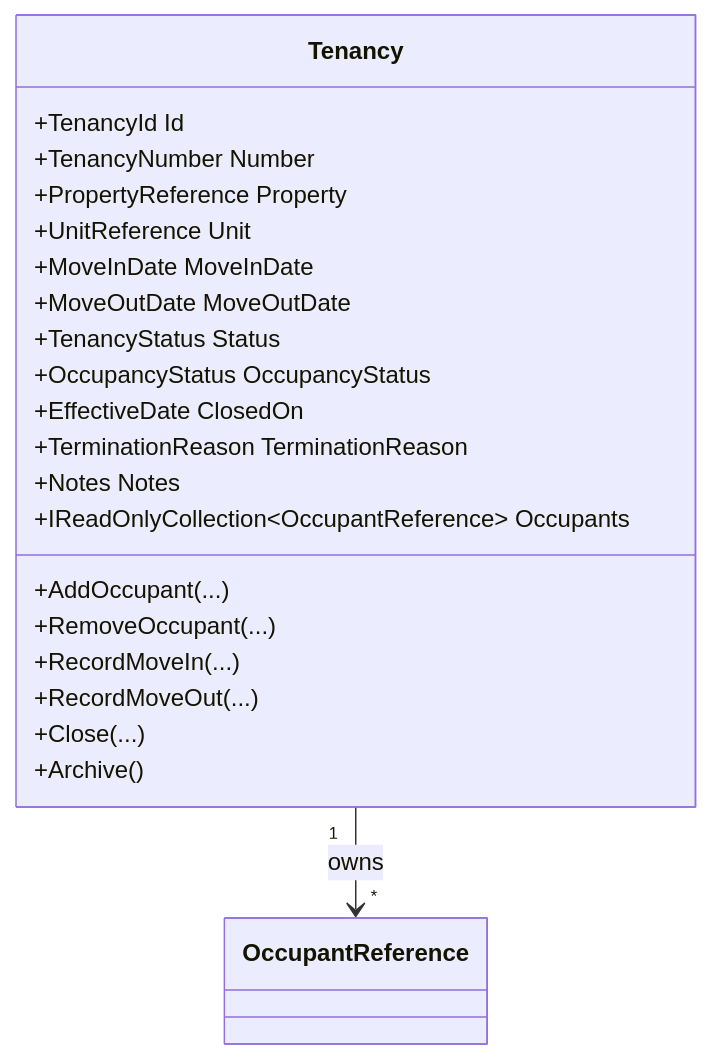
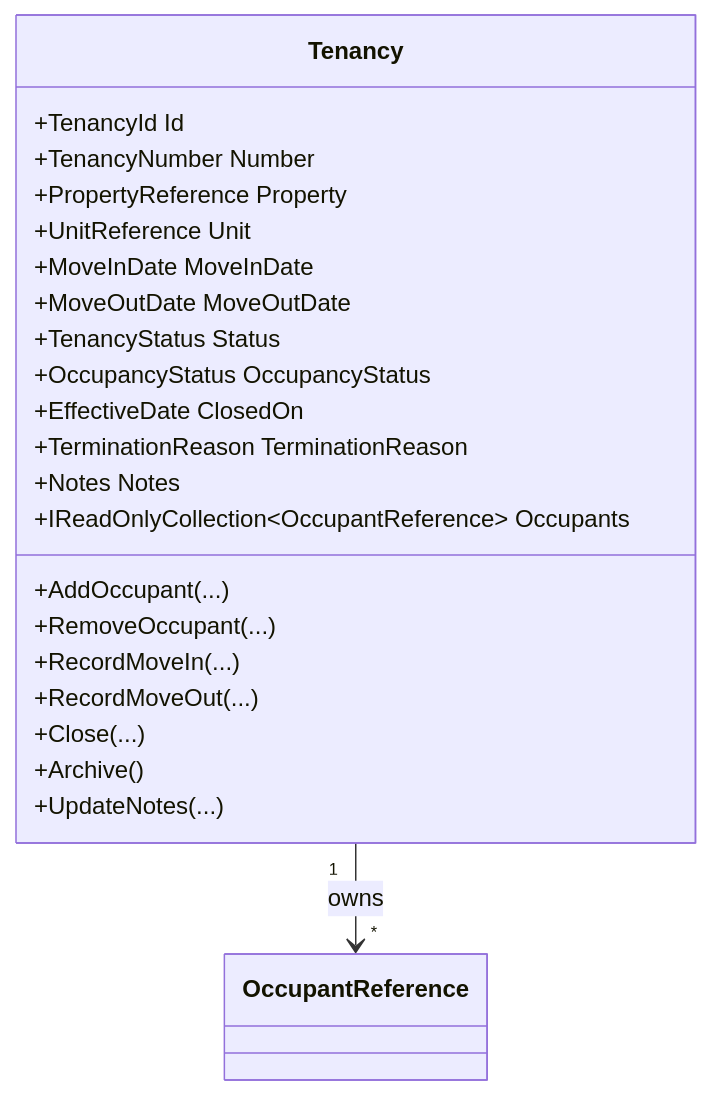
The diagram in docs/architecture/TENANCY_DOMAIN_FOUNDATION.md (masterdom552/masterdom), drawn with Mermaid before and after one commit. The commit also changed other lines of this file and 153 other files, not shown here.

````diff
--- a/docs/architecture/TENANCY_DOMAIN_FOUNDATION.md
+++ b/docs/architecture/TENANCY_DOMAIN_FOUNDATION.md
@@ -33,25 +33,26 @@
 ```mermaid
 classDiagram
     class Tenancy {
       +TenancyId Id
       +TenancyNumber Number
       +PropertyReference Property
       +UnitReference Unit
       +MoveInDate MoveInDate
       +MoveOutDate MoveOutDate
       +TenancyStatus Status
       +OccupancyStatus OccupancyStatus
       +EffectiveDate ClosedOn
       +TerminationReason TerminationReason
       +Notes Notes
       +IReadOnlyCollection~OccupantReference~ Occupants
       +AddOccupant(...)
       +RemoveOccupant(...)
       +RecordMoveIn(...)
       +RecordMoveOut(...)
       +Close(...)
       +Archive()
+      +UpdateNotes(...)
     }
 
     Tenancy "1" --> "*" OccupantReference : owns
 ```
````
